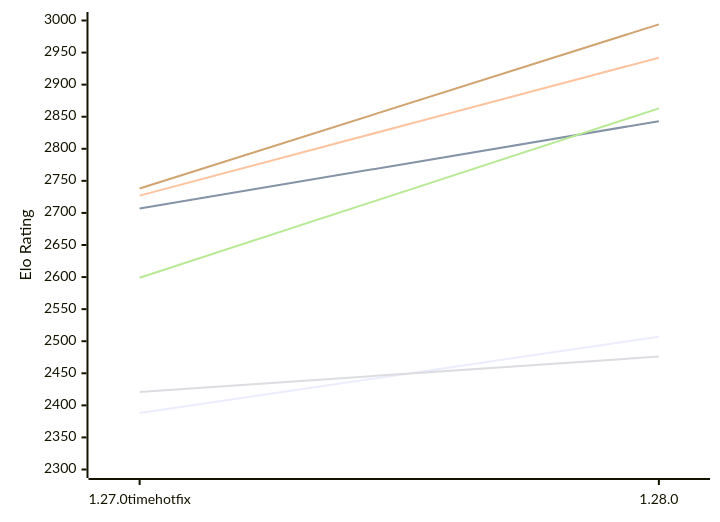
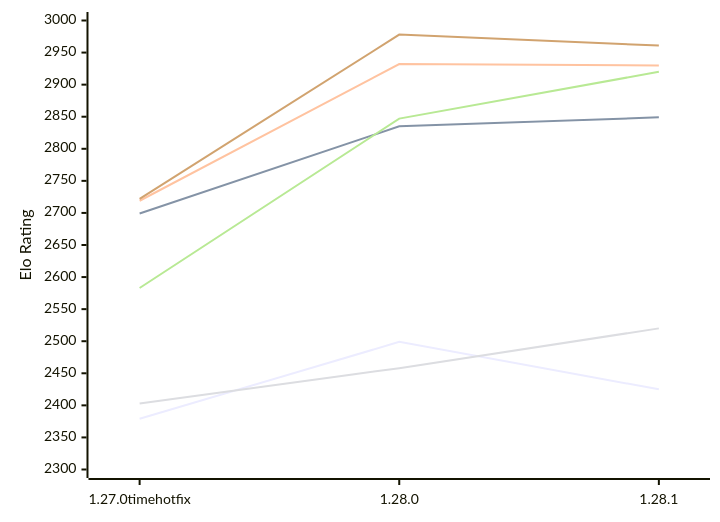
The first of 2 diagrams in engines/Aurora.md (computer-chess-index/cci), drawn with Mermaid before and after one commit. The commit also changed other lines of this file, not shown here.

Commit message:
Update CCI Ratings (ELO VLTC) - 2026-11-02

````diff
--- a/engines/Aurora.md
+++ b/engines/Aurora.md
@@ -50,12 +52,12 @@
 ```mermaid
 %%{init: {"theme":"base","themeVariables":{"seriesColors:['#a3a3a3','#222221','#faa371']}}}%%
 xychart-beta
-  x-axis ["1.27.0timehotfix", "1.28.0"]
+  x-axis ["1.27.0timehotfix", "1.28.0", "1.28.1"]
   y-axis "Elo Rating" 2300 --> 3000
-  line "E1: STC (8.0+0.08s)" [2388, 2507]
-  line "E1: LTC (60.0+0.60s)" [2707, 2843]
-  line "E1: VLTC (2m24s+1.12s)" [2727, 2942]
-  line "P1: STC (8.0+0.08s)" [2421, 2476]
-  line "P1: LTC (60.0+0.60s)" [2599, 2863]
-  line "P1: VLTC (2m24s+1.12s)" [2738, 2994]
+  line "E1: STC (8.0+0.08s)" [2379, 2499, 2425]
+  line "E1: LTC (60.0+0.60s)" [2699, 2835, 2849]
+  line "E1: VLTC (2m24s+1.12s)" [2719, 2932, 2930]
+  line "P1: STC (8.0+0.08s)" [2403, 2458, 2520]
+  line "P1: LTC (60.0+0.60s)" [2583, 2847, 2920]
+  line "P1: VLTC (2m24s+1.12s)" [2722, 2978, 2961]
 ```
````
